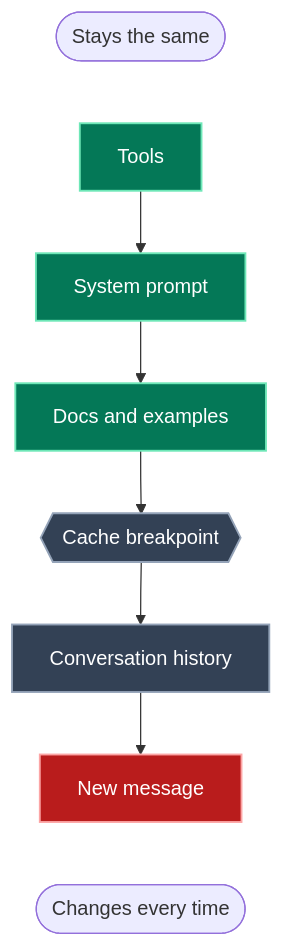
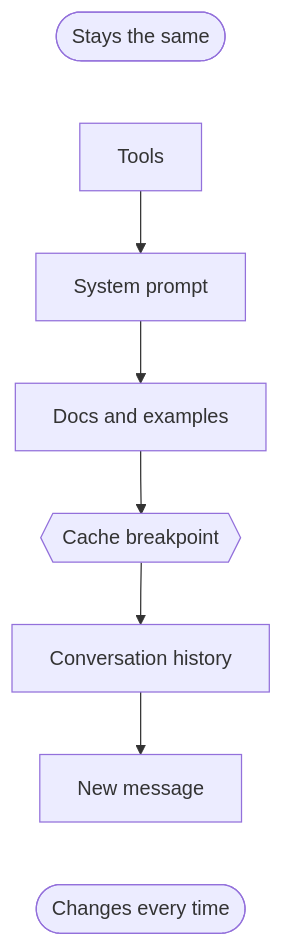
The third of 3 diagrams in src/content/blog/prompt-caching.md (g-savitha/gsavitha.in), drawn with Mermaid before and after one commit. The commit also changed other lines of this file and 6 other files, not shown here.

Commit message:
Mermaid: keep <br/> in labels, softer shared palette, drop temporary classDefs

````diff
--- a/src/content/blog/prompt-caching.md
+++ b/src/content/blog/prompt-caching.md
@@ -189,15 +165,11 @@
 ```mermaid
 flowchart TB
     S1(["Stays the same"]) ~~~ T
     T["Tools"] --> S["System prompt"] --> D["Docs and examples"]
     D --> BP{{"Cache breakpoint"}}
     BP --> H["Conversation history"] --> M["New message"]
     M ~~~ S2(["Changes every time"])
     class T,S,D hit
     class H,BP neutral
     class M miss
-    %% Temporary: remove these classDefs once PR #25 (shared mermaid theme) is merged.
-    classDef hit fill:#047857,stroke:#6ee7b7,stroke-width:1.5px,color:#ffffff
-    classDef miss fill:#b91c1c,stroke:#fca5a5,stroke-width:1.5px,color:#ffffff
-    classDef neutral fill:#334155,stroke:#94a3b8,stroke-width:1.5px,color:#ffffff
 ```
````
